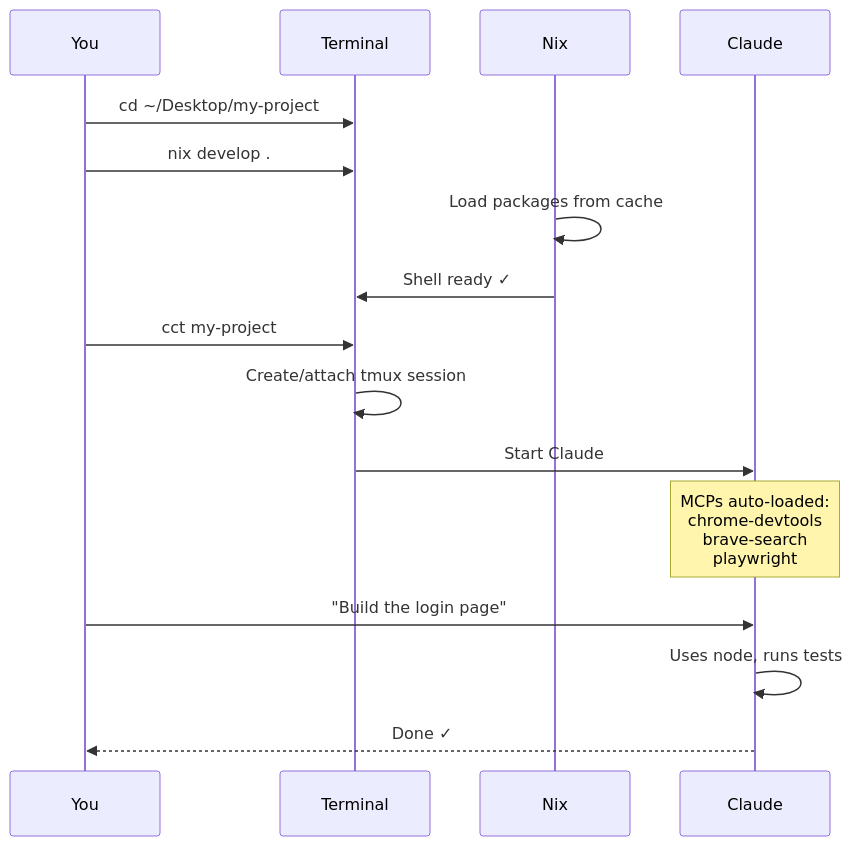
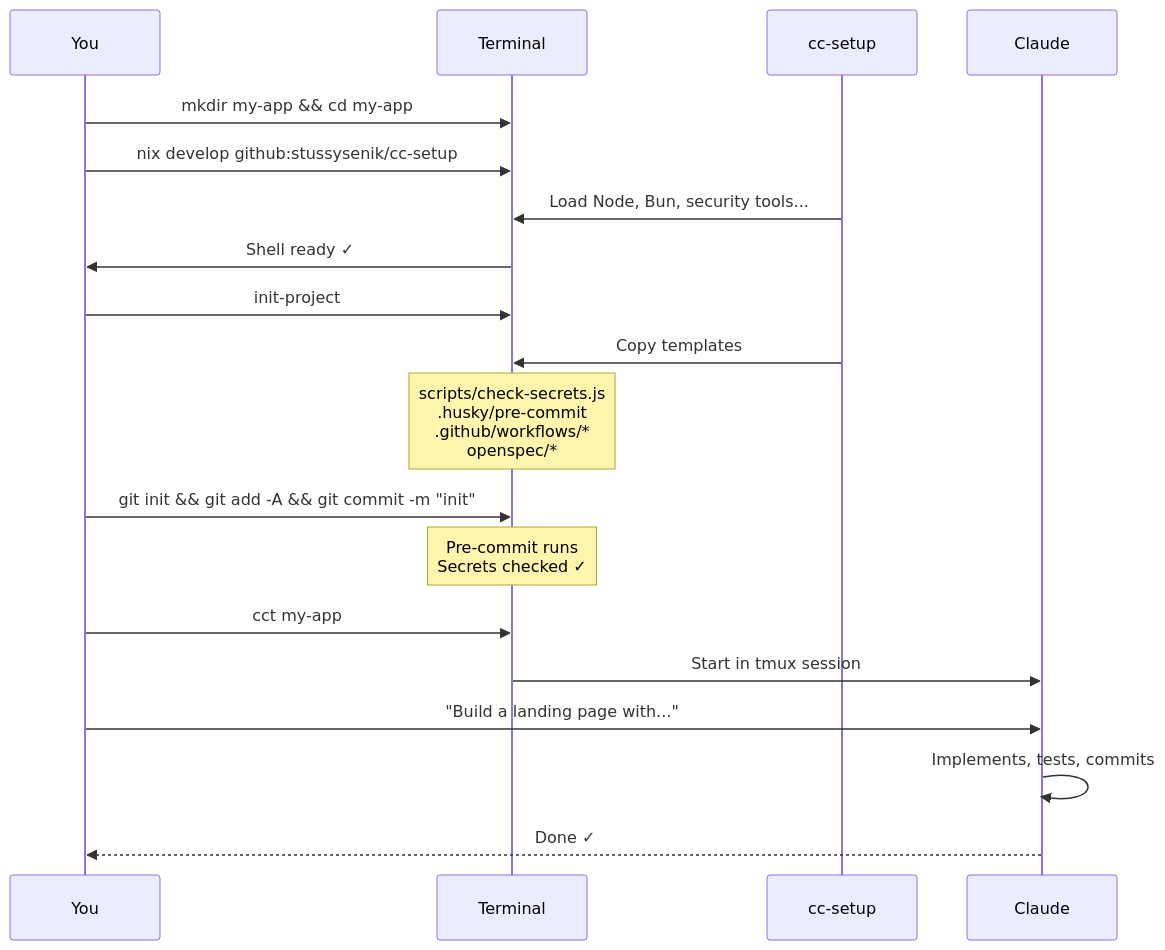
Before and after one commit to stussysenik/cc-setup: the second of 3 diagrams in README.md, drawn with Mermaid. The commit also changed other lines of this file and 11 other files, not shown here.

First line of the commit message:
feat: Add templates, security, and comprehensive docs

````diff
--- a/README.md
+++ b/README.md
@@ -119,22 +142,25 @@
 ```mermaid
 sequenceDiagram
     participant You
     participant Terminal
-    participant Nix
+    participant cc-setup
     participant Claude
 
-    You->>Terminal: cd ~/Desktop/my-project
-    You->>Terminal: nix develop .#web
-    Nix->>Nix: Load packages from cache
-    Nix->>Terminal: Shell ready ✓
+    You->>Terminal: mkdir my-app && cd my-app
+    You->>Terminal: nix develop github:stussysenik/cc-setup#web
+    cc-setup->>Terminal: Load Node, Bun, security tools...
+    Terminal->>You: Shell ready ✓
 
-    You->>Terminal: cct my-project
-    Terminal->>Terminal: Create/attach tmux session
-    Terminal->>Claude: Start Claude
+    You->>Terminal: init-project
+    cc-setup->>Terminal: Copy templates
+    Note over Terminal: scripts/check-secrets.js<br/>.husky/pre-commit<br/>.github/workflows/*<br/>openspec/*
 
-    Note over Claude: MCPs auto-loaded:<br/>chrome-devtools<br/>brave-search<br/>playwright
+    You->>Terminal: git init && git add -A && git commit -m "init"
+    Note over Terminal: Pre-commit runs<br/>Secrets checked ✓
 
-    You->>Claude: "Build the login page"
-    Claude->>Claude: Uses node, runs tests
+    You->>Terminal: cct my-app
+    Terminal->>Claude: Start in tmux session
+    You->>Claude: "Build a landing page with..."
+    Claude->>Claude: Implements, tests, commits
     Claude-->>You: Done ✓
 ```
````
